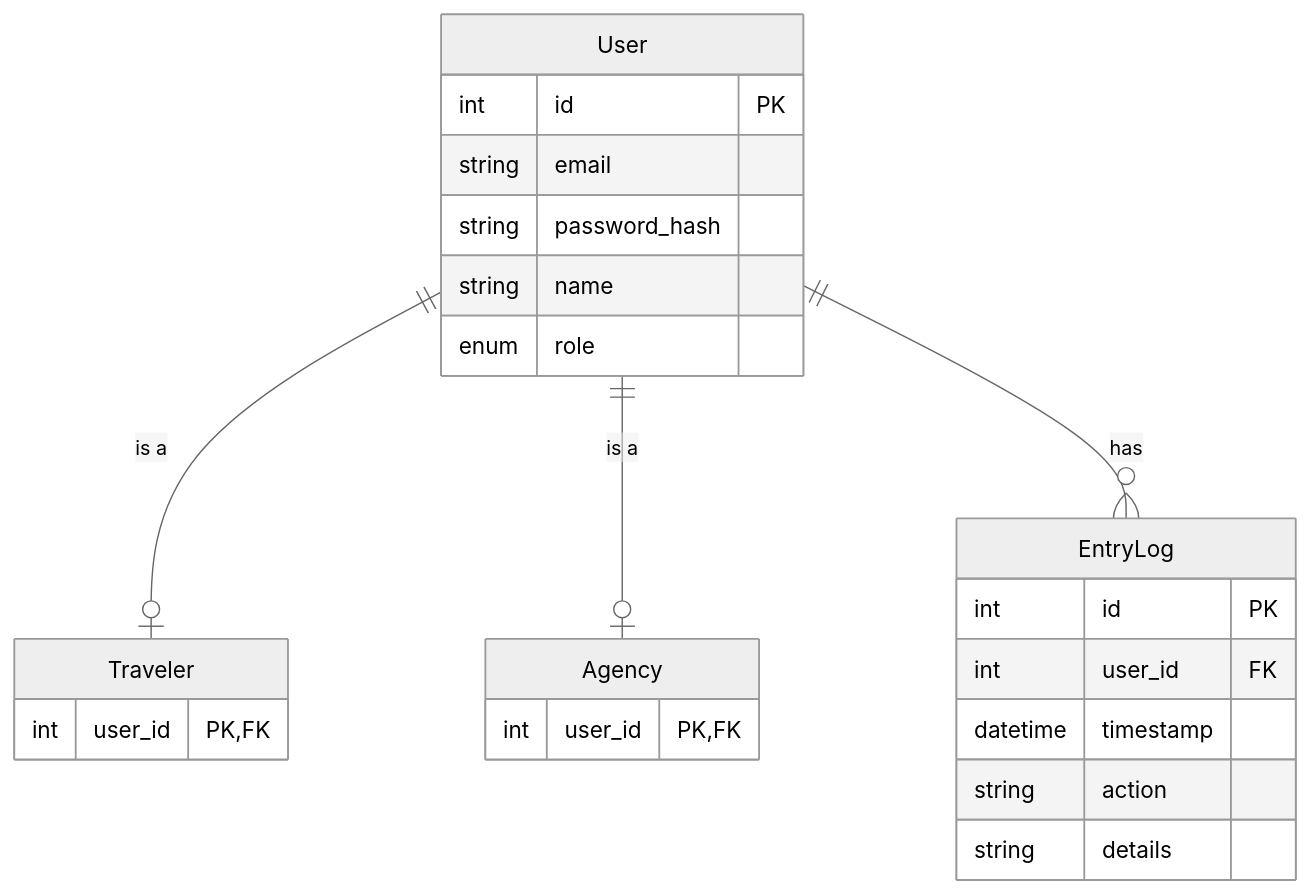
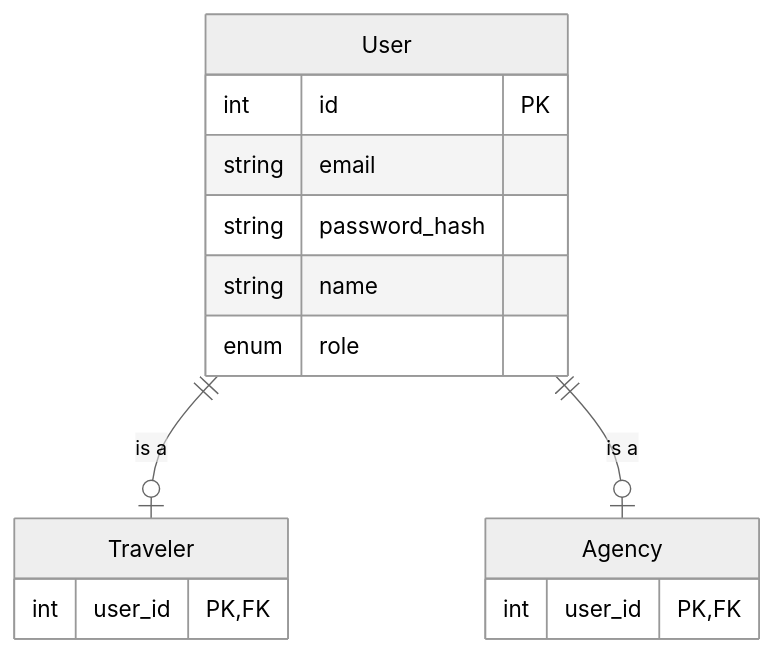
The second of 2 diagrams in profile/1-analysis/5_0-astrobookings-authentication-domain.md (AstroBookings/.github), drawn with Mermaid (neutral theme) before and after one commit. The commit also changed other lines of this file and 6 other files, not shown here.

````diff
--- a/profile/1-analysis/5_0-astrobookings-authentication-domain.md
+++ b/profile/1-analysis/5_0-astrobookings-authentication-domain.md
@@ -135,30 +131,22 @@
 ```mermaid
 erDiagram
     User {
         int id PK
         string email
         string password_hash
         string name
         enum role
     }
 
     Traveler {
         int user_id PK,FK
     }
 
     Agency {
         int user_id PK,FK
     }
 
-    EntryLog {
-        int id PK
-        int user_id FK
-        datetime timestamp
-        string action
-        string details
-    }
-
     User ||--o| Traveler : "is a"
     User ||--o| Agency : "is a"
-    User ||--o{ EntryLog : "has"
+
 ```
````
